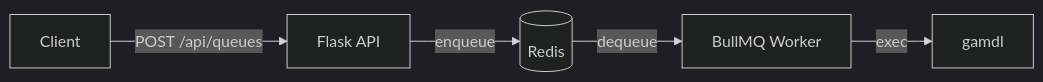
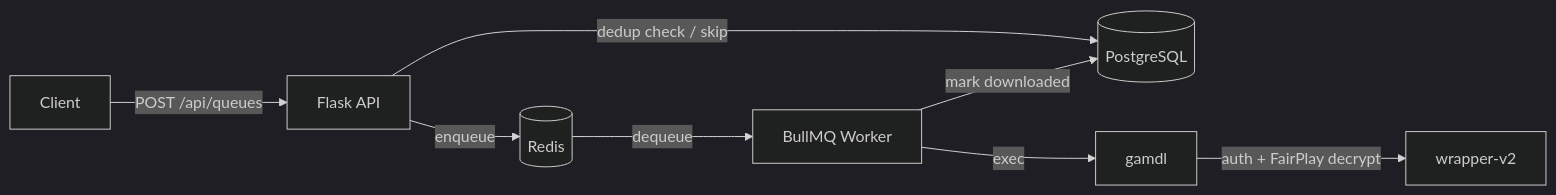
Before and after one commit to qtmleap/kanade: the diagram in README.md, drawn with Mermaid (dark theme). The commit also changed other lines of this file, not shown here.

First line of the commit message:
docs(readme): document wrapper, postgres dedup, and artist queueing (#7)

````diff
--- a/README.md
+++ b/README.md
@@ -9,7 +9,10 @@
 ```mermaid
 graph LR
     Client -->|POST /api/queues| API[Flask API]
+    API -->|dedup check / skip| PG[(PostgreSQL)]
     API -->|enqueue| Redis[(Redis)]
     Redis -->|dequeue| Worker[BullMQ Worker]
     Worker -->|exec| gamdl
+    gamdl -->|auth + FairPlay decrypt| Wrapper[wrapper-v2]
+    Worker -->|mark downloaded| PG
 ```
````
